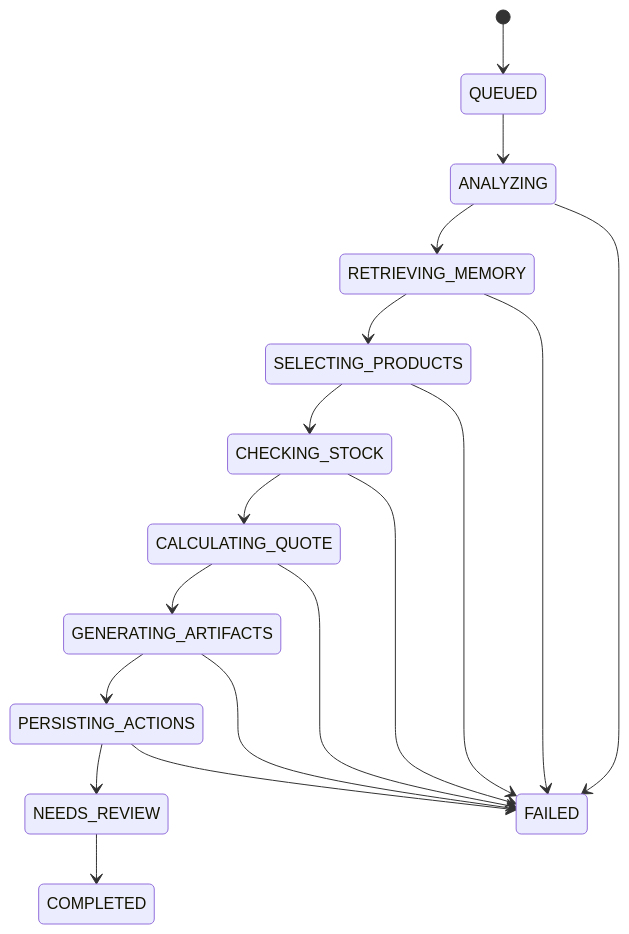
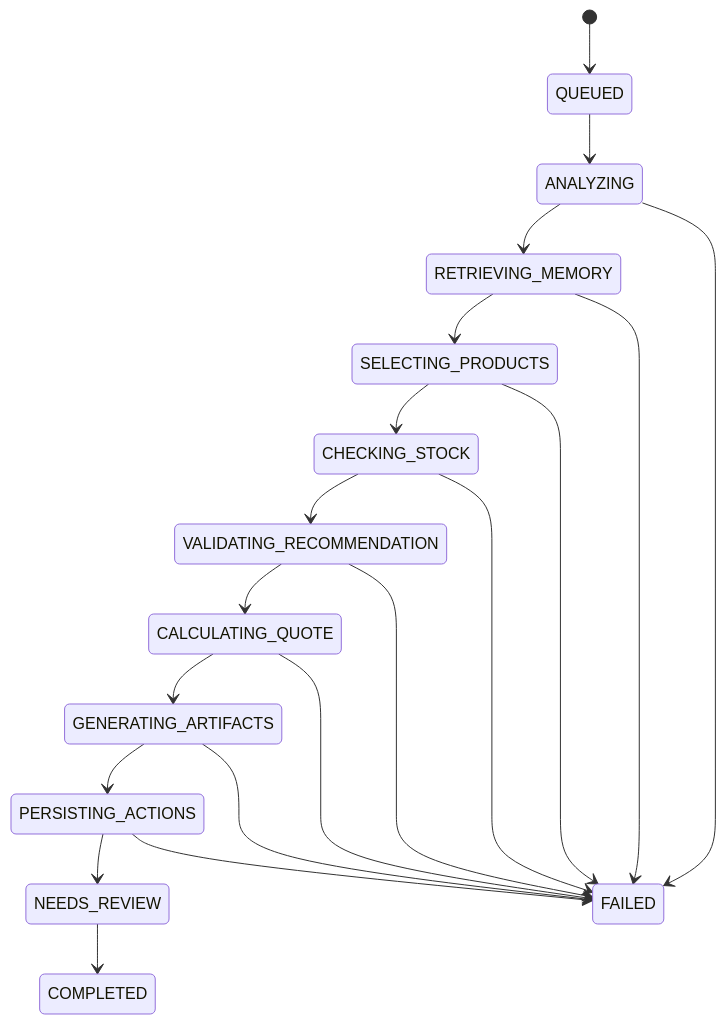
Before and after one commit to 4356gs/adegaflow-ai: the diagram in docs/architecture/024-agent-orchestration.md, drawn with Mermaid. The commit also changed other lines of this file and 2 other files, not shown here.

Commit message:
docs: align architecture with bounded orchestration

````diff
--- a/docs/architecture/024-agent-orchestration.md
+++ b/docs/architecture/024-agent-orchestration.md
@@ -13,21 +40,23 @@
 ```mermaid
 stateDiagram-v2
     [*] --> QUEUED
     QUEUED --> ANALYZING
     ANALYZING --> RETRIEVING_MEMORY
     RETRIEVING_MEMORY --> SELECTING_PRODUCTS
     SELECTING_PRODUCTS --> CHECKING_STOCK
-    CHECKING_STOCK --> CALCULATING_QUOTE
+    CHECKING_STOCK --> VALIDATING_RECOMMENDATION
+    VALIDATING_RECOMMENDATION --> CALCULATING_QUOTE
     CALCULATING_QUOTE --> GENERATING_ARTIFACTS
     GENERATING_ARTIFACTS --> PERSISTING_ACTIONS
     PERSISTING_ACTIONS --> NEEDS_REVIEW
     NEEDS_REVIEW --> COMPLETED
 
     ANALYZING --> FAILED
     RETRIEVING_MEMORY --> FAILED
     SELECTING_PRODUCTS --> FAILED
     CHECKING_STOCK --> FAILED
+    VALIDATING_RECOMMENDATION --> FAILED
     CALCULATING_QUOTE --> FAILED
     GENERATING_ARTIFACTS --> FAILED
     PERSISTING_ACTIONS --> FAILED
 ```
````
